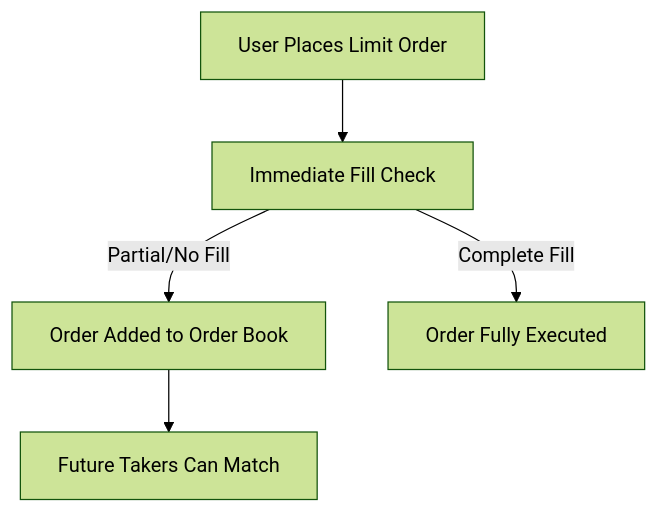
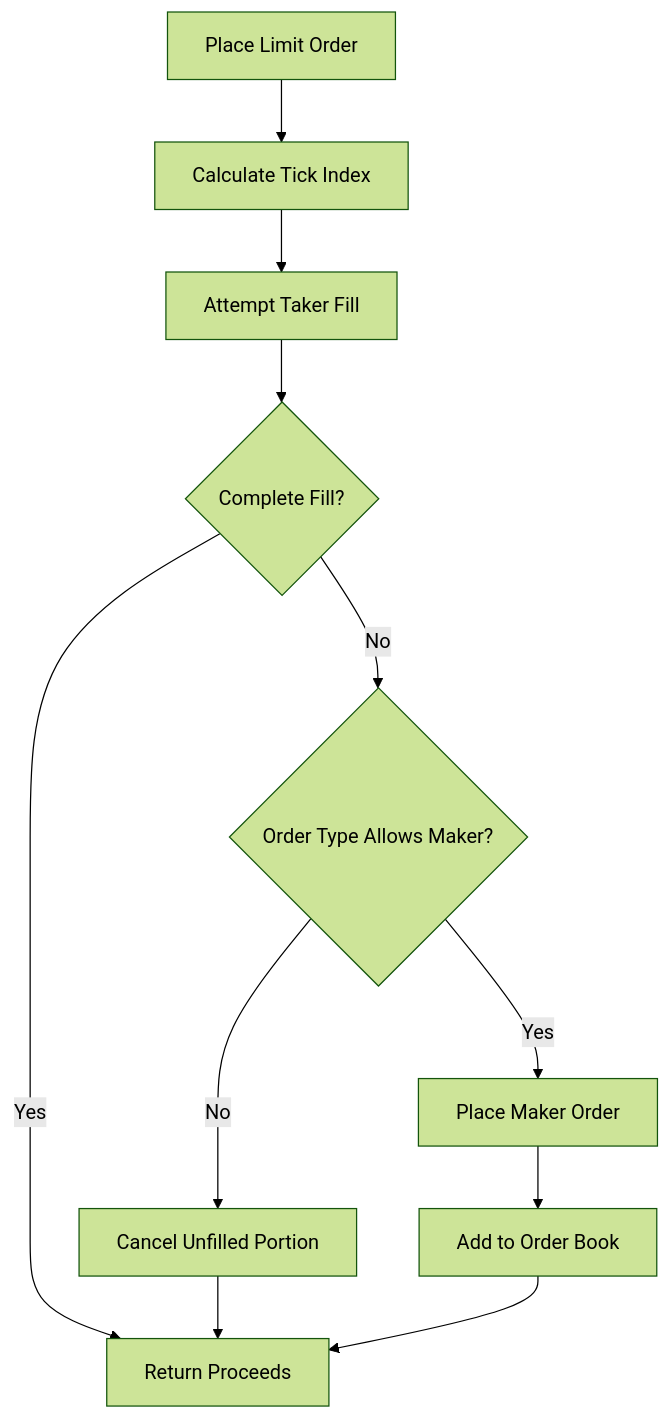
The third of 3 diagrams in developers/modules/dex/explanation.mdx (neutron-org/neutron-docs), drawn with Mermaid (forest theme) before and after one commit. The commit also changed other lines of this file and 3 other files, not shown here.

````diff
--- a/developers/modules/dex/explanation.mdx
+++ b/developers/modules/dex/explanation.mdx
@@ -74,7 +308,13 @@
 ```mermaid
 graph TD
-    A[User Places Limit Order] --> B[Immediate Fill Check]
-    B --> |Partial/No Fill| C[Order Added to Order Book]
-    C --> D[Future Takers Can Match]
-    B --> |Complete Fill| E[Order Fully Executed]
+    A[Place Limit Order] --> B[Calculate Tick Index]
+    B --> C[Attempt Taker Fill]
+    C --> D{Complete Fill?}
+    D -->|Yes| E[Return Proceeds]
+    D -->|No| F{Order Type Allows Maker?}
+    F -->|Yes| G[Place Maker Order]
+    F -->|No| H[Cancel Unfilled Portion]
+    G --> I[Add to Order Book]
+    H --> E
+    I --> E
 ```
````
